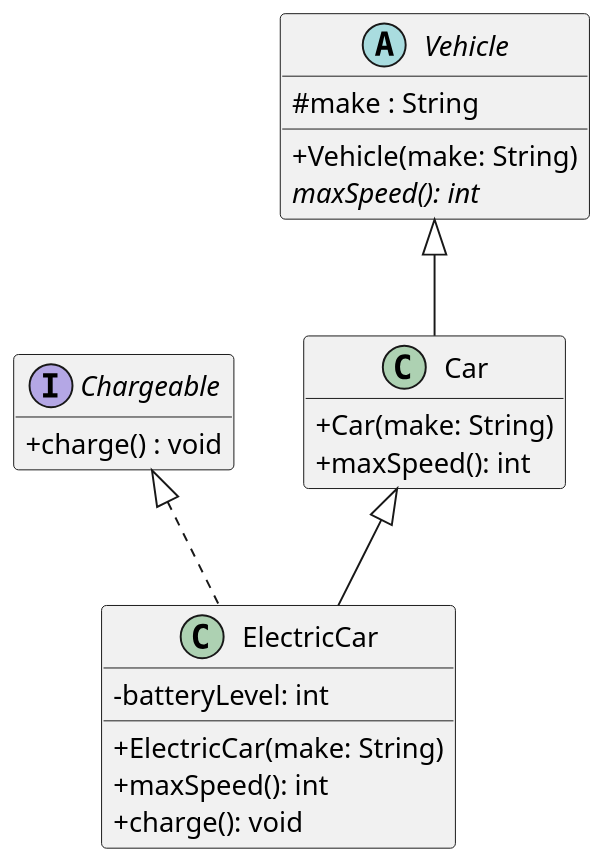
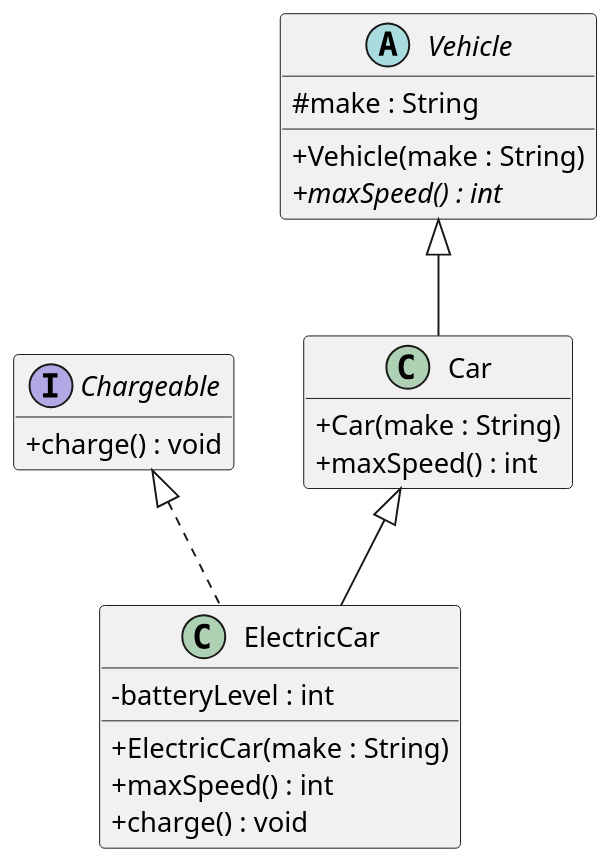
One commit to Changga6/207-course-notes changed the diagram in plantuml/exercises/vehicles-uml-starter.puml. Above: the diagram before and after it, drawn with PlantUML.

Commit message:
'Week 3 Homework - Part 1'

```diff
--- a/plantuml/exercises/vehicles-uml-starter.puml
+++ b/plantuml/exercises/vehicles-uml-starter.puml
@@ -1,47 +1,47 @@
 @startuml
 skinparam dpi 150
 skinparam classAttributeIconSize 0
 hide empty members
 
 ' Your task (Chapter 3, Question 2): draw the UML class diagram for the
 ' Vehicle / Car / ElectricCar / Chargeable code.
 '
 ' Define each type as a box, then connect them with the right arrows. One box
 ' (Chargeable) is filled in as an example — complete the other three and add the
 ' relationships.
 '
 ' PlantUML cheat-sheet:
 '   interface Name { + method() : Type }
 '   abstract class Name { # field : Type }
 '   class Name { - field : Type }
 '   Parent    <|-- Child    ' generalization: Child extends Parent
 '   Interface <|.. Class    ' realization:    Class implements Interface
 ' (Putting the parent/interface on the LEFT of the arrow keeps it on top.)
 
 interface Chargeable {
   + charge() : void
 }
 
 abstract class Vehicle {
   # make : String
-  + Vehicle(make: String)
-  {abstract} maxSpeed(): int
+  + Vehicle(make : String)
+  {abstract} + maxSpeed() : int
 }
 
 class Car {
-  + Car(make: String)
-  + maxSpeed(): int
+  + Car(make : String)
+  + maxSpeed() : int
 }
 
 class ElectricCar {
-  - batteryLevel: int
-  + ElectricCar(make: String)
-  + maxSpeed(): int
-  + charge(): void
+  - batteryLevel : int
+  + ElectricCar(make : String)
+  + maxSpeed() : int
+  + charge() : void
 }
 
 Vehicle <|-- Car
 Car <|-- ElectricCar
 Chargeable <|.. ElectricCar
 
 @enduml
```
